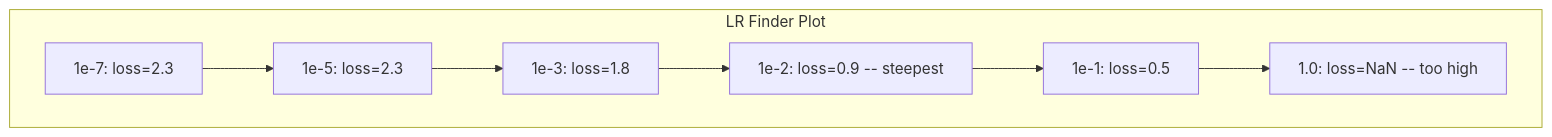
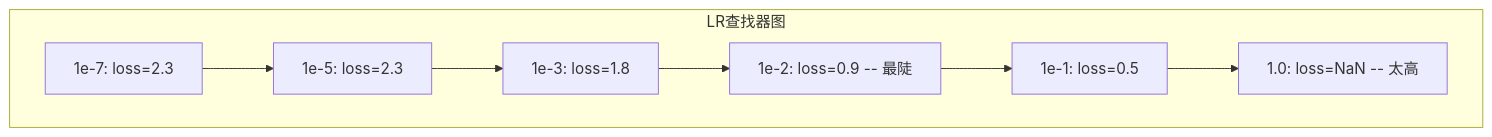
Before and after one commit to guangningsun/ailearning: the fifth of 5 diagrams in lessons/03-deep-learning-core/13-debugging-neural-networks/docs/zh.md, drawn with Mermaid. The commit also changed other lines of this file and 13 other files, not shown here.

````diff
--- a/lessons/03-deep-learning-core/13-debugging-neural-networks/docs/zh.md
+++ b/lessons/03-deep-learning-core/13-debugging-neural-networks/docs/zh.md
@@ -166,11 +166,11 @@
 ```mermaid
 graph TD
-    subgraph "LR Finder Plot"
+    subgraph "LR查找器图"
         direction LR
         A["1e-7: loss=2.3"] --> B["1e-5: loss=2.3"]
         B --> C["1e-3: loss=1.8"]
-        C --> D["1e-2: loss=0.9 -- steepest"]
+        C --> D["1e-2: loss=0.9 -- 最陡"]
         D --> E["1e-1: loss=0.5"]
-        E --> F["1.0: loss=NaN -- too high"]
+        E --> F["1.0: loss=NaN -- 太高"]
     end
 ```
````
